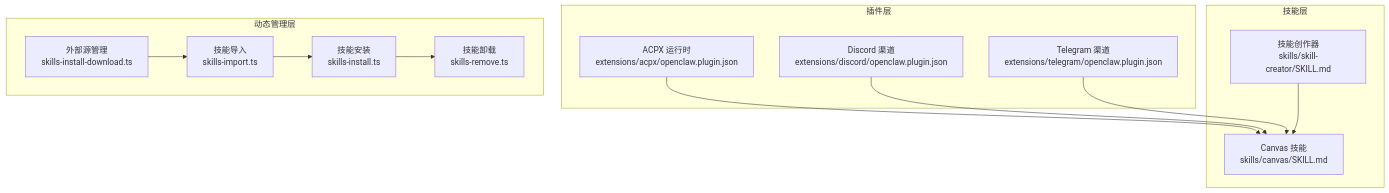
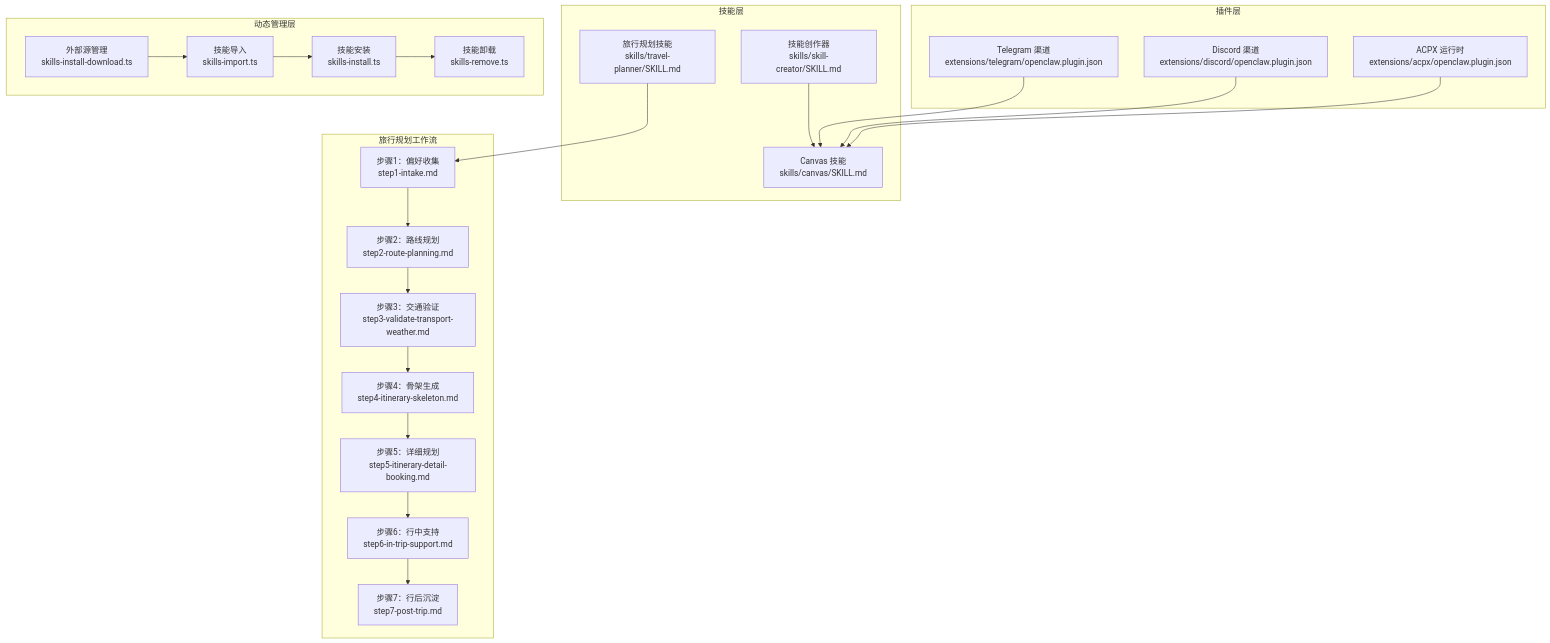
The second of 10 diagrams in .qoder/repowiki/zh/content/Web界面/技能平台/技能平台.md (verse-ai-org/openclaw), drawn with Mermaid before and after one commit. The commit also changed other lines of this file and 59 other files, not shown here.

Commit message:
feat(travel-planner): 重构流程

````diff
--- a/.qoder/repowiki/zh/content/Web界面/技能平台/技能平台.md
+++ b/.qoder/repowiki/zh/content/Web界面/技能平台/技能平台.md
@@ -93,25 +116,42 @@
 ```mermaid
 graph TB
 subgraph "插件层"
 P1["ACPX 运行时<br/>extensions/acpx/openclaw.plugin.json"]
 P2["Discord 渠道<br/>extensions/discord/openclaw.plugin.json"]
 P3["Telegram 渠道<br/>extensions/telegram/openclaw.plugin.json"]
 end
 subgraph "技能层"
 S1["Canvas 技能<br/>skills/canvas/SKILL.md"]
 S2["技能创作器<br/>skills/skill-creator/SKILL.md"]
+S3["旅行规划技能<br/>skills/travel-planner/SKILL.md"]
+end
+subgraph "旅行规划工作流"
+W1["步骤1：偏好收集<br/>step1-intake.md"]
+W2["步骤2：路线规划<br/>step2-route-planning.md"]
+W3["步骤3：交通验证<br/>step3-validate-transport-weather.md"]
+W4["步骤4：骨架生成<br/>step4-itinerary-skeleton.md"]
+W5["步骤5：详细规划<br/>step5-itinerary-detail-booking.md"]
+W6["步骤6：行中支持<br/>step6-in-trip-support.md"]
+W7["步骤7：行后沉淀<br/>step7-post-trip.md"]
 end
 subgraph "动态管理层"
 M1["技能导入<br/>skills-import.ts"]
 M2["技能安装<br/>skills-install.ts"]
 M3["技能卸载<br/>skills-remove.ts"]
 M4["外部源管理<br/>skills-install-download.ts"]
 end
 P1 --> S1
 P2 --> S1
 P3 --> S1
 S2 --> S1
+S3 --> W1
+W1 --> W2
+W2 --> W3
+W3 --> W4
+W4 --> W5
+W5 --> W6
+W6 --> W7
 M1 --> M2
 M2 --> M3
 M4 --> M1
 ```
````
